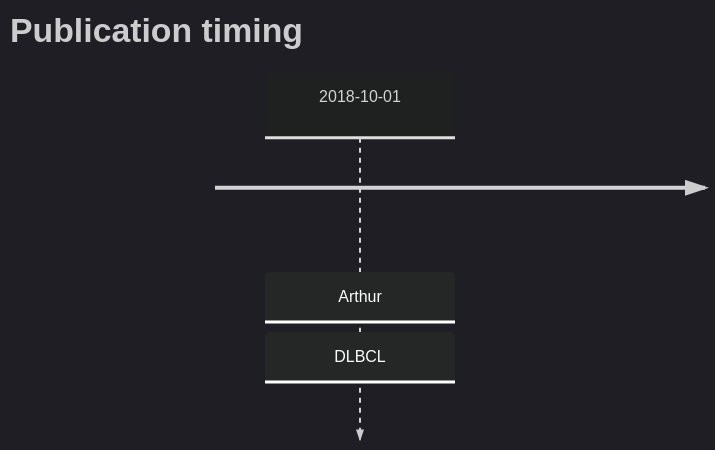
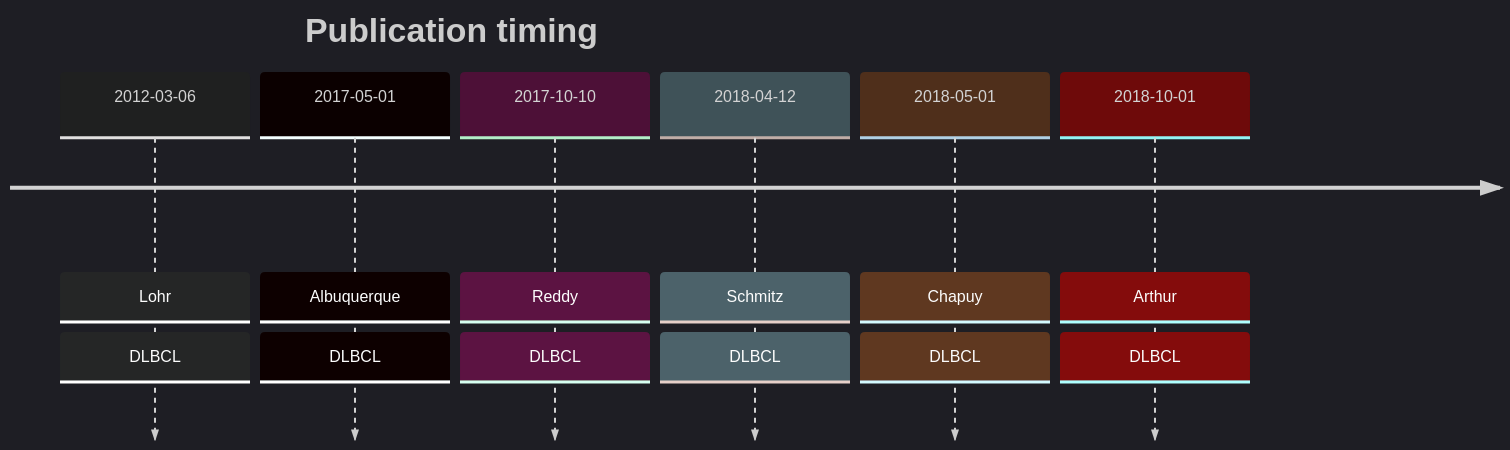
Before and after one commit to morinlab/lymphopedia: the diagram in ETV6.md, drawn with Mermaid. The commit also changed other lines of this file, not shown here.

````diff
--- a/ETV6.md
+++ b/ETV6.md
@@ -17,6 +17,11 @@
 ```mermaid
 %%{init: { 'logLevel': 'debug', 'theme': 'dark' } }%%
 timeline
     title Publication timing
-      2018-10-01 : Arthur : DLBCL
+2012-03-06 : Lohr : DLBCL
+2017-05-01 : Albuquerque : DLBCL
+2017-10-10 : Reddy : DLBCL
+2018-04-12 : Schmitz : DLBCL
+2018-05-01 : Chapuy : DLBCL
+2018-10-01 : Arthur : DLBCL
 ```
````
